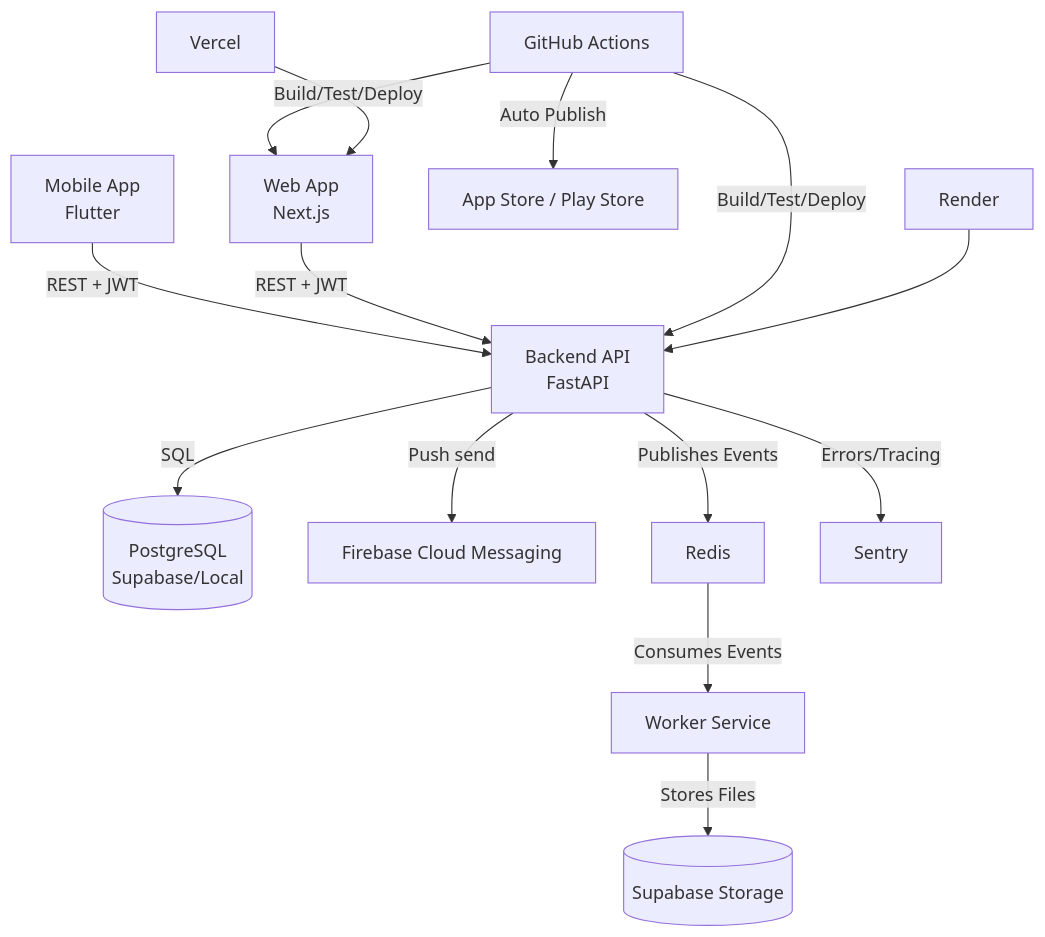
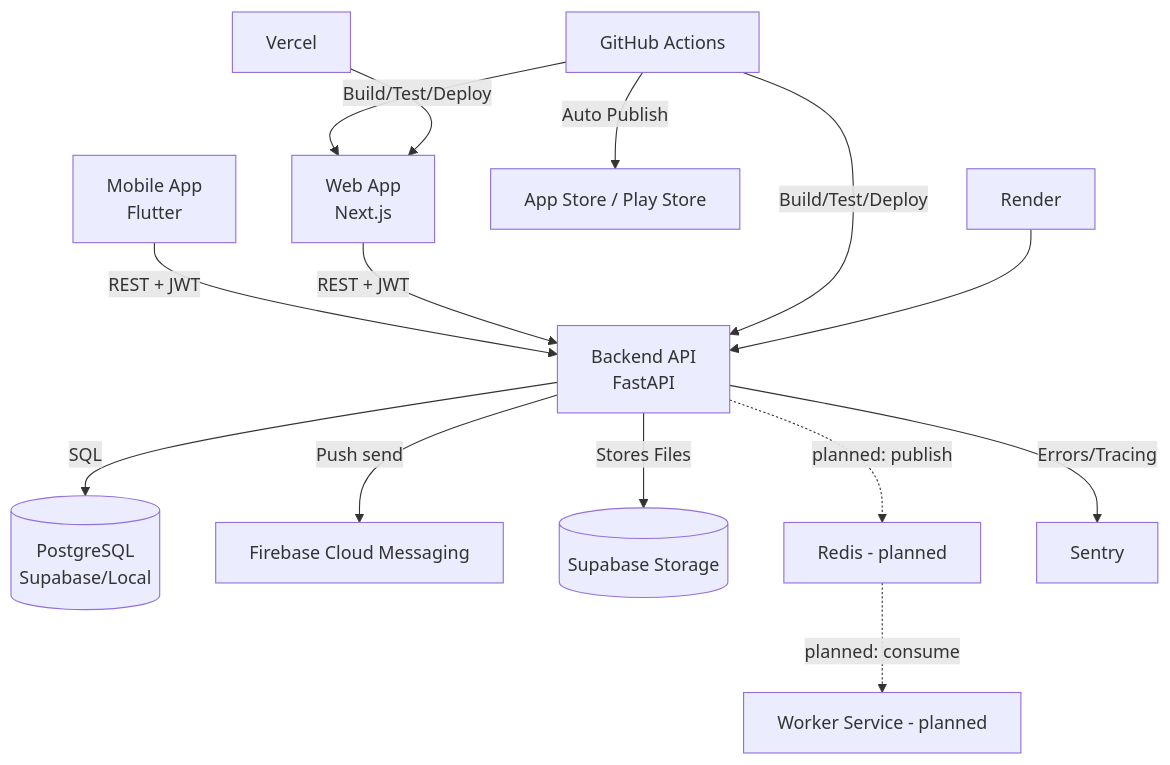
One commit to namphuongtran/familyroots changed the diagram in docs/architecture/overview.md. Above: the diagram before and after it, drawn with Mermaid. The commit also changed other lines of this file and 4 other files, not shown here.

First line of the commit message:
docs(architecture): correct drift vs implemented backend (Phase 3)

````diff
--- a/docs/architecture/overview.md
+++ b/docs/architecture/overview.md
@@ -5,16 +12,16 @@
 ```mermaid
 flowchart TD
        M[Mobile App\nFlutter] -->|REST + JWT| B[Backend API\nFastAPI]
        W[Web App\nNext.js] -->|REST + JWT| B
        B -->|SQL| DB[(PostgreSQL\nSupabase/Local)]
        B -->|Push send| FCM[Firebase Cloud Messaging]
-       B -->|Publishes Events| REDIS[Redis]
-       REDIS -->|Consumes Events| WRK[Worker Service]
-       WRK -->|Stores Files| STOR[(Supabase Storage)]
+       B -->|Stores Files| STOR[(Supabase Storage)]
+       B -.->|planned: publish| REDIS[Redis - planned]
+       REDIS -.->|planned: consume| WRK[Worker Service - planned]
        B -->|Errors/Tracing| SEN[Sentry]
        GH[GitHub Actions] -->|Build/Test/Deploy| B
        GH -->|Build/Test/Deploy| W
        GH -->|Auto Publish| M_STORES[App Store / Play Store]
        R[Render] --> B
        V[Vercel] --> W
 ```
````
